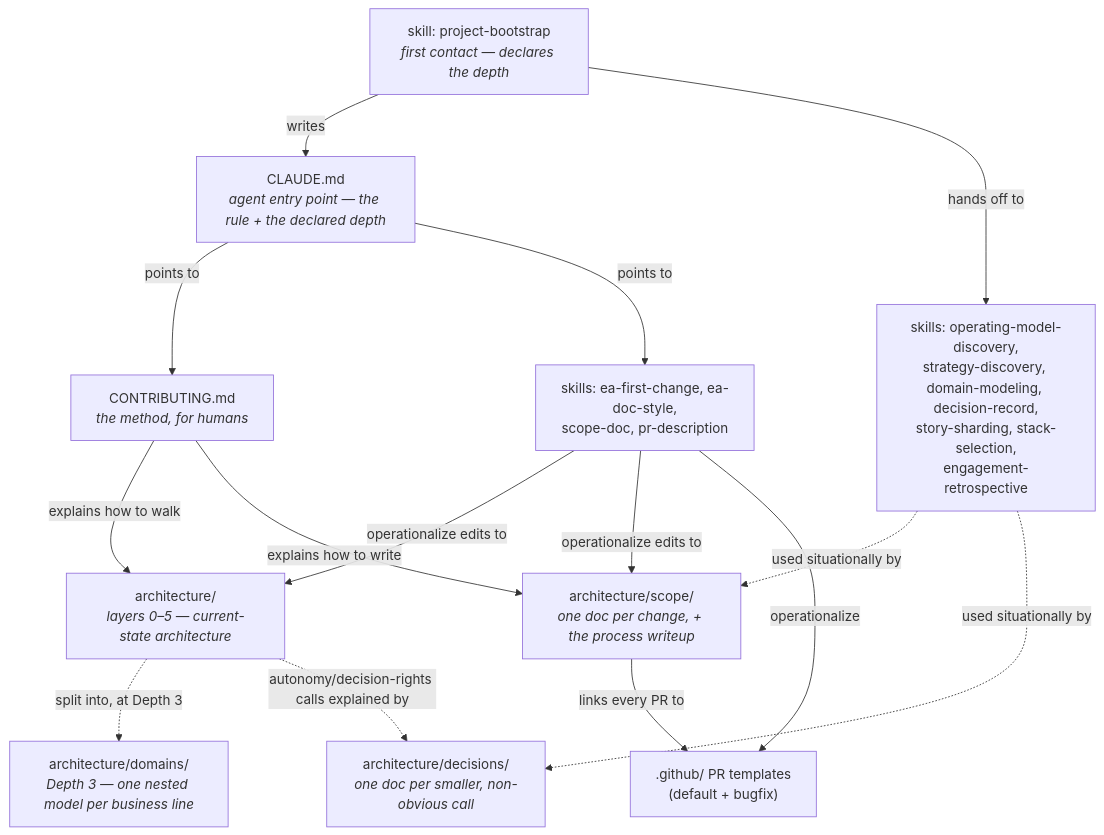
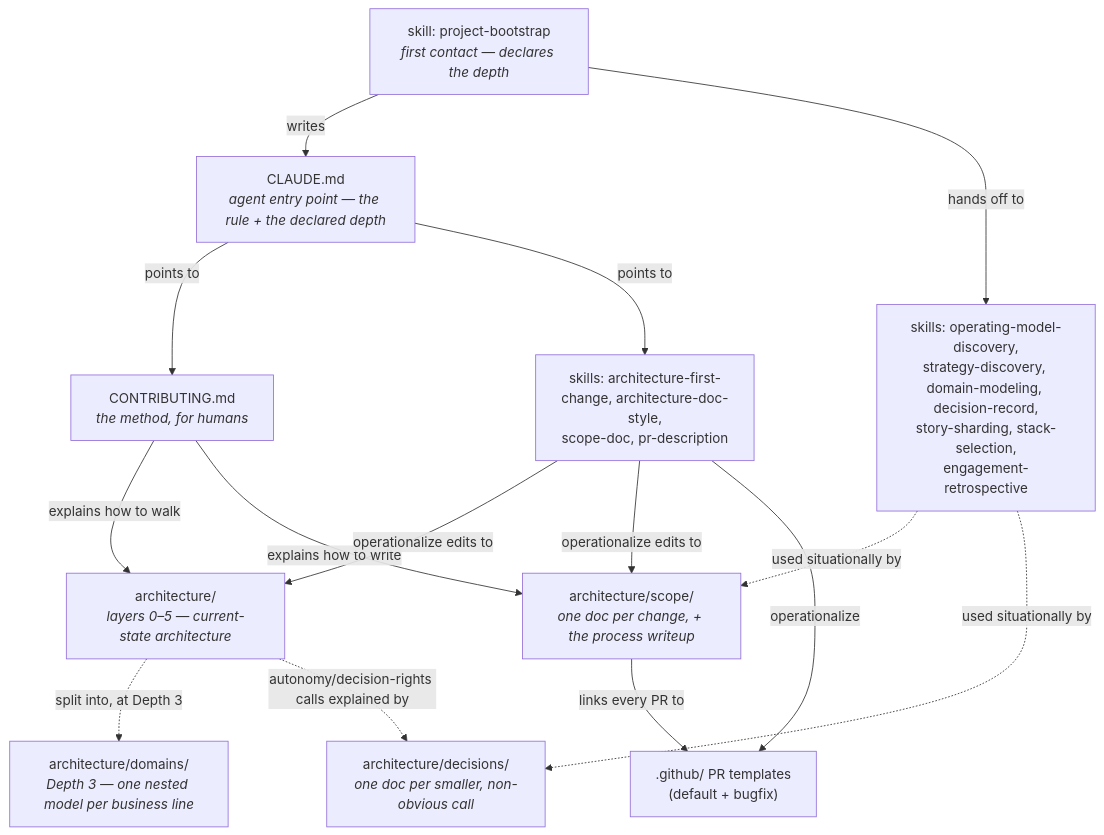
Before and after one commit to roanboc/architecture-archreator: the third of 3 diagrams in README.md, drawn with Mermaid. The commit also changed other lines of this file and 55 other files, not shown here.

First line of the commit message:
refactor: rename the ea-* skills to architecture-*

````diff
--- a/README.md
+++ b/README.md
@@ -368,28 +368,28 @@
 ```mermaid
 flowchart TB
   bootstrap["skill: project-bootstrap<br><i>first contact — declares the depth</i>"]
   claude["CLAUDE.md<br><i>agent entry point — the rule + the declared depth</i>"]
   contrib["CONTRIBUTING.md<br><i>the method, for humans</i>"]
   ea["architecture/<br><i>layers 0–5 — current-state architecture</i>"]
   domains["architecture/domains/<br><i>Depth 3 — one nested model per business line</i>"]
   scope["architecture/scope/<br><i>one doc per change, + the process writeup</i>"]
   decisions["architecture/decisions/<br><i>one doc per smaller, non-obvious call</i>"]
-  skillscore["skills: ea-first-change, ea-doc-style,<br>scope-doc, pr-description"]
+  skillscore["skills: architecture-first-change, architecture-doc-style,<br>scope-doc, pr-description"]
   skillssupport["skills: operating-model-discovery,<br>strategy-discovery, domain-modeling, decision-record,<br>story-sharding, stack-selection,<br>engagement-retrospective"]
   pr[".github/ PR templates<br>(default + bugfix)"]
 
   bootstrap -->|writes| claude
   bootstrap -->|hands off to| skillssupport
   claude -->|points to| contrib
   claude -->|points to| skillscore
   contrib -->|explains how to walk| ea
   contrib -->|explains how to write| scope
   ea -.->|split into, at Depth 3| domains
   skillscore -->|operationalize edits to| ea
   skillscore -->|operationalize edits to| scope
   skillscore -->|operationalize| pr
   skillssupport -.->|used situationally by| scope
   skillssupport -.->|used situationally by| decisions
   ea -.->|autonomy/decision-rights calls explained by| decisions
   scope -->|links every PR to| pr
 ```
````
